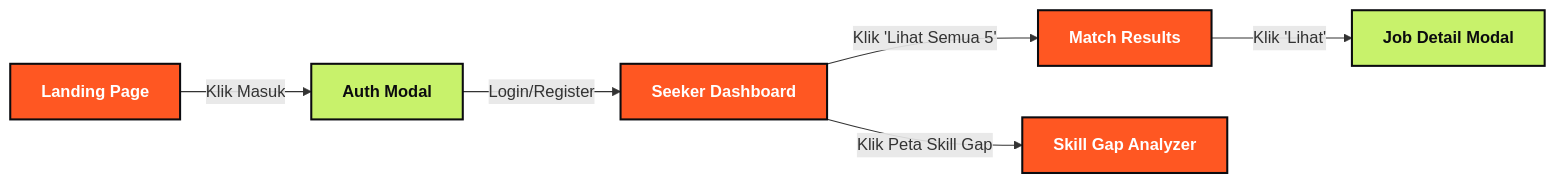
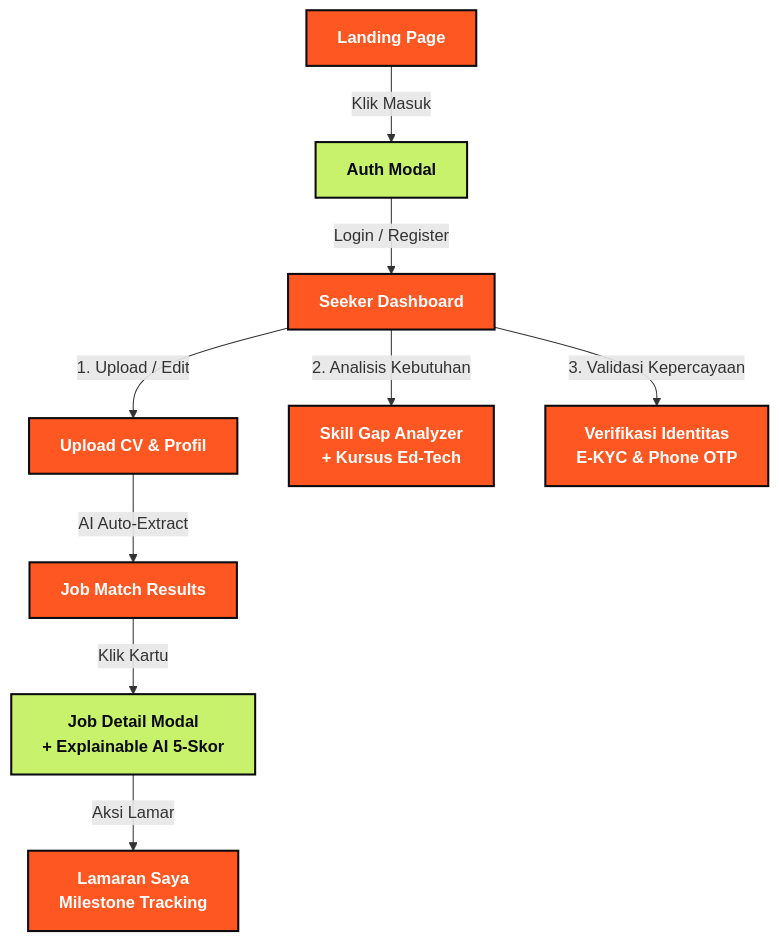
Before and after one commit to LouSens/KerjaCerdas: the first of 4 diagrams in README.md, drawn with Mermaid. The commit also changed other lines of this file and 9 other files, not shown here.

Commit message:
docs: consolidate formal proposal suite with realistic 3-year financial model and 100% full-cloud roadmap

````diff
--- a/README.md
+++ b/README.md
@@ -86,11 +86,18 @@
 ```mermaid
-flowchart LR
+flowchart TD
     classDef page fill:#FF5722,stroke:#0B0B0F,stroke-width:2px,color:#fff,font-weight:bold
     classDef modal fill:#C8F26B,stroke:#0B0B0F,stroke-width:2px,color:#0B0B0F,font-weight:bold
+    classDef action fill:#7AE7F0,stroke:#0B0B0F,stroke-width:2px,color:#0B0B0F,font-weight:bold
+
+    A[Landing Page]:::page -->|Klik Masuk| B[Auth Modal]:::modal
+    B -->|Login / Register| C[Seeker Dashboard]:::page
     
-    A[Landing Page]:::page -->|Klik Masuk| B[Auth Modal]:::modal
-    B -->|Login/Register| C[Seeker Dashboard]:::page
-    C -->|Klik 'Lihat Semua 5'| D[Match Results]:::page
-    D -->|Klik 'Lihat'| E[Job Detail Modal]:::modal
-    C -->|Klik Peta Skill Gap| F[Skill Gap Analyzer]:::page
+    C -->|1. Upload / Edit| D[Upload CV & Profil]:::page
+    D -->|AI Auto-Extract| E[Job Match Results]:::page
+    
+    E -->|Klik Kartu| F[Job Detail Modal\n+ Explainable AI 5-Skor]:::modal
+    F -->|Aksi Lamar| G[Lamaran Saya\nMilestone Tracking]:::page
+    
+    C -->|2. Analisis Kebutuhan| H[Skill Gap Analyzer\n+ Kursus Ed-Tech]:::page
+    C -->|3. Validasi Kepercayaan| I[Verifikasi Identitas\nE-KYC & Phone OTP]:::page
 ```
````
